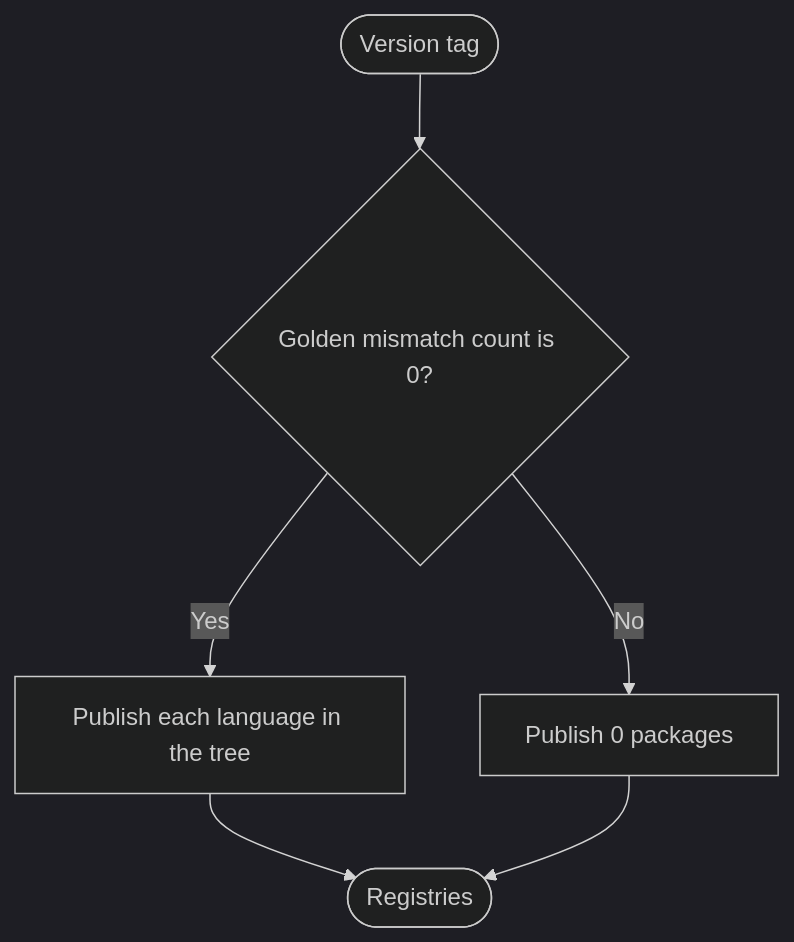
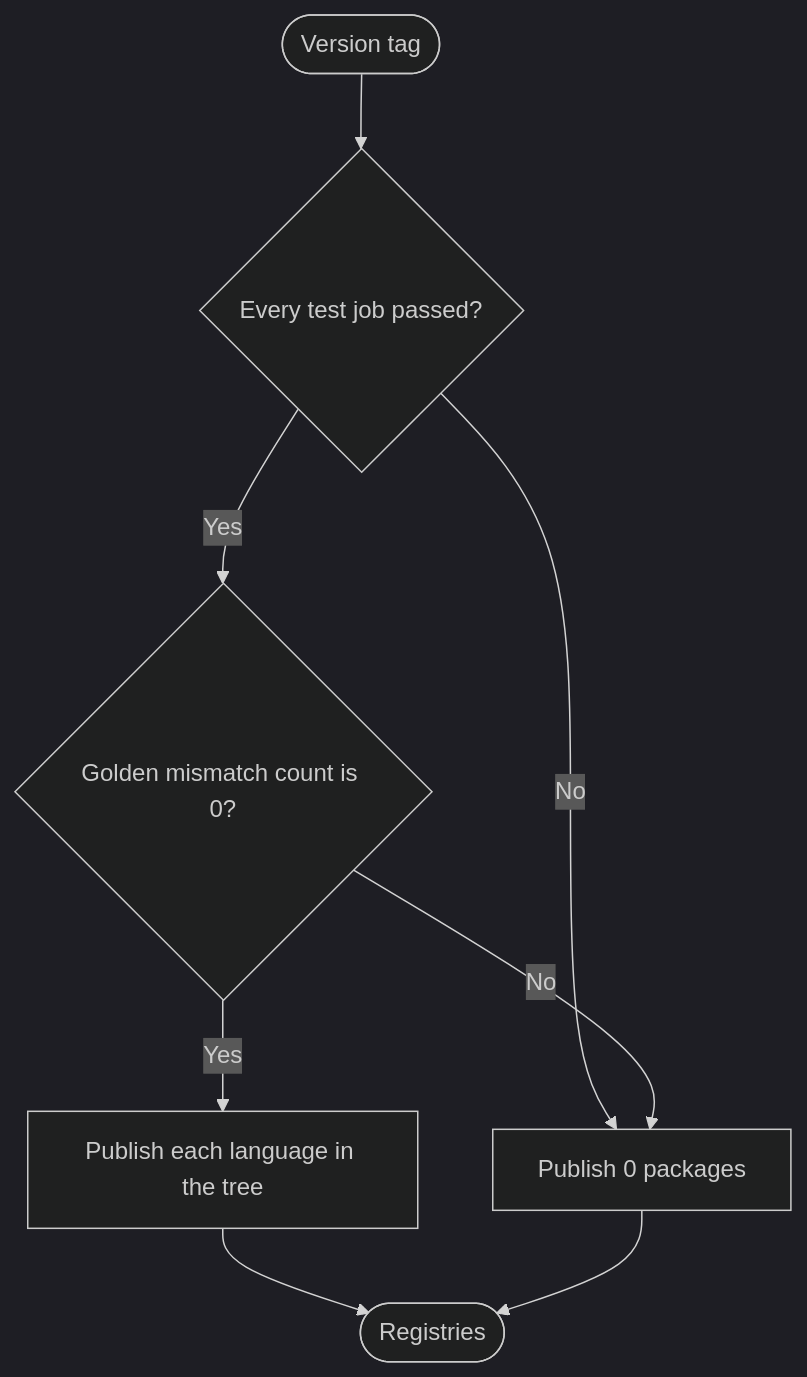
The sixth of 6 diagrams in _docs/02_document/system-flows.md (zxsanny/packbin), drawn with Mermaid (dark theme) before and after one commit. The commit also changed other lines of this file and 8 other files, not shown here.

````diff
--- a/_docs/02_document/system-flows.md
+++ b/_docs/02_document/system-flows.md
@@ -167,8 +168,10 @@
 ```mermaid
 flowchart TD
-    Start([Version tag]) --> Match{Golden mismatch count is 0?}
+    Start([Version tag]) --> Tests{Every test job passed?}
+    Tests -->|No| None
+    Tests -->|Yes| Match{Golden mismatch count is 0?}
     Match -->|Yes| Pub[Publish each language in the tree]
     Match -->|No| None[Publish 0 packages]
     Pub --> EndNode([Registries])
     None --> EndNode
 ```
````
